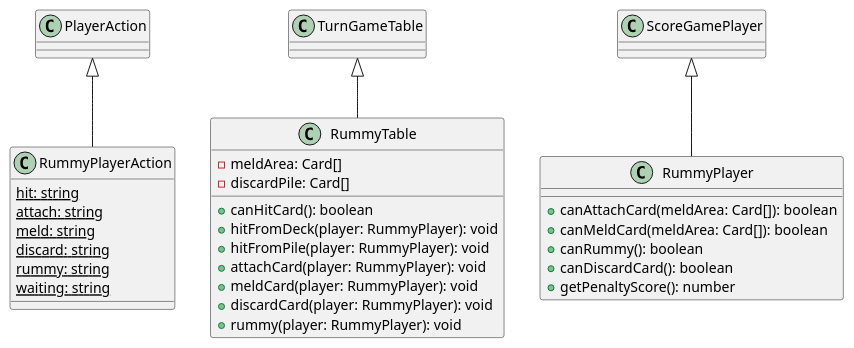
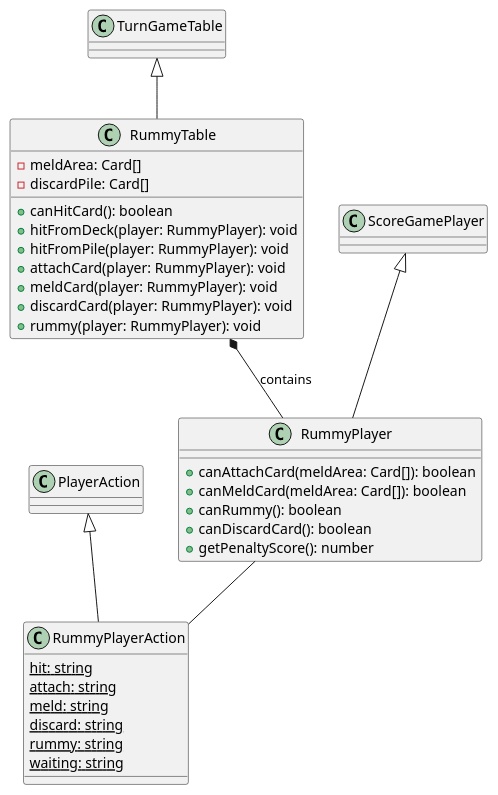
One commit to recursion-teamdev-teamd/devlog changed the diagram in uml/akiba/Rummy.puml. Above: the diagram before and after it, drawn with PlantUML. The commit also changed 9 other files, not shown here.

Commit message:
done creating uml akiba

```diff
--- a/uml/akiba/Rummy.puml
+++ b/uml/akiba/Rummy.puml
@@ -1,28 +1,31 @@
 class RummyPlayerAction extends PlayerAction{
   {static}hit: string
   {static}attach: string
   {static}meld: string
   {static}discard: string
   {static}rummy: string
   {static}waiting: string
 }
 
 class RummyTable extends TurnGameTable{ 
   -meldArea: Card[]
   -discardPile: Card[]
   +canHitCard(): boolean
   +hitFromDeck(player: RummyPlayer): void
   +hitFromPile(player: RummyPlayer): void
   +attachCard(player: RummyPlayer): void
   +meldCard(player: RummyPlayer): void
   +discardCard(player: RummyPlayer): void
   +rummy(player: RummyPlayer): void
 }
 
 class RummyPlayer extends ScoreGamePlayer{
   +canAttachCard(meldArea: Card[]): boolean
   +canMeldCard(meldArea: Card[]): boolean
   +canRummy(): boolean
   +canDiscardCard(): boolean
   +getPenaltyScore(): number
 }
+
+  RummyTable *-- RummyPlayer :contains
+  RummyPlayer -- RummyPlayerAction
```
